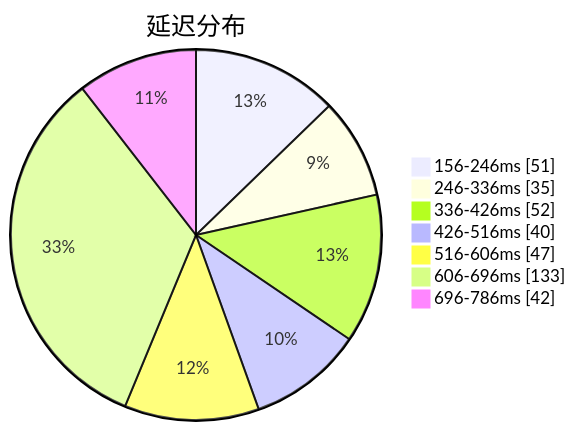
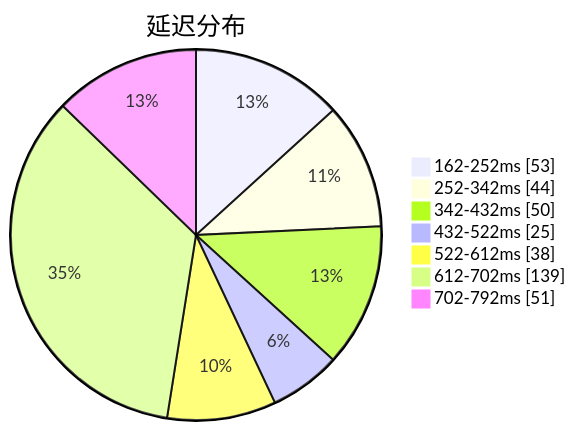
The first of 3 diagrams in subs/statistics/tested_within.md (qjlxg/airport), drawn with Mermaid before and after one commit. The commit also changed other lines of this file and 2 other files, not shown here.

````diff
--- a/subs/statistics/tested_within.md
+++ b/subs/statistics/tested_within.md
@@ -2,11 +2,11 @@
 ```mermaid
 pie showData
 title 延迟分布
-"156-246ms" : 51
-"246-336ms" : 35
-"336-426ms" : 52
-"426-516ms" : 40
-"516-606ms" : 47
-"606-696ms" : 133
-"696-786ms" : 42
+"162-252ms" : 53
+"252-342ms" : 44
+"342-432ms" : 50
+"432-522ms" : 25
+"522-612ms" : 38
+"612-702ms" : 139
+"702-792ms" : 51
 ```
````
